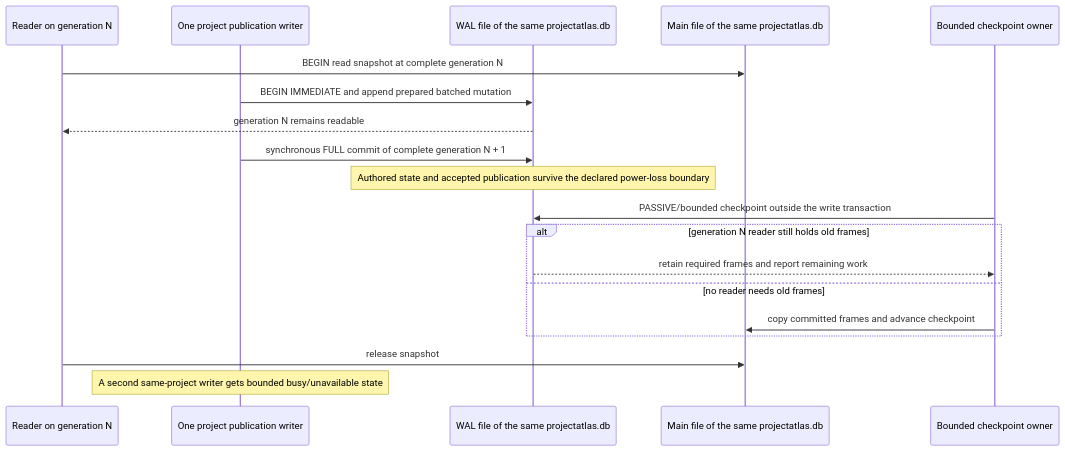
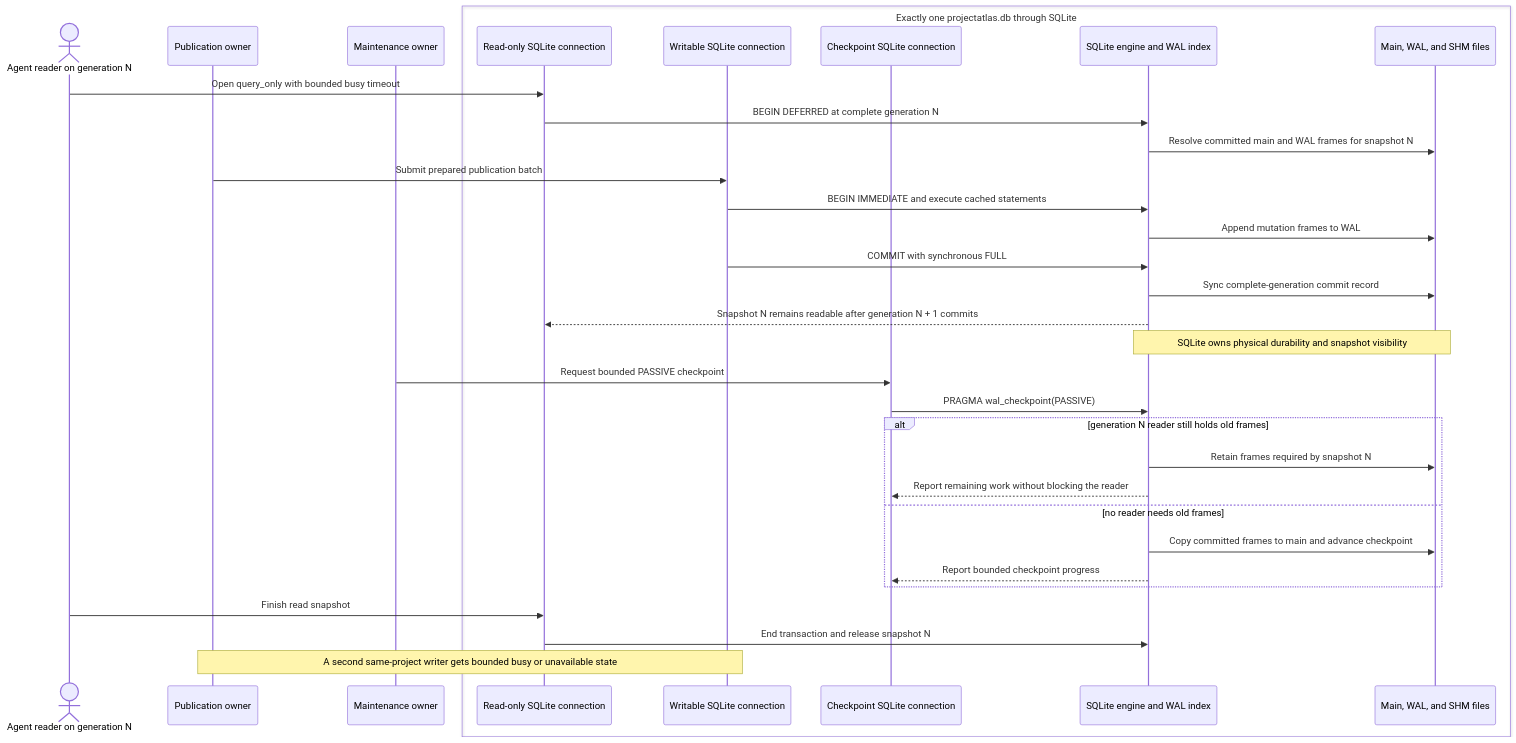
The eighth of 12 diagrams in docs/projectatlas-3-architecture.md (styler-ai/ProjectAtlas), drawn with Mermaid before and after one commit. The commit also changed other lines of this file and 14 other files, not shown here.

````diff
--- a/docs/projectatlas-3-architecture.md
+++ b/docs/projectatlas-3-architecture.md
@@ -740,22 +802,36 @@
 ```mermaid
 sequenceDiagram
-    participant ReaderN as Reader on generation N
-    participant Writer as One project publication writer
-    participant WAL as WAL file of the same projectatlas.db
-    participant Main as Main file of the same projectatlas.db
-    participant Checkpoint as Bounded checkpoint owner
+    actor Reader as Agent reader on generation N
+    participant Publisher as Publication owner
+    participant Maintenance as Maintenance owner
+    box Exactly one projectatlas.db through SQLite
+        participant Read as Read-only SQLite connection
+        participant Write as Writable SQLite connection
+        participant Check as Checkpoint SQLite connection
+        participant Engine as SQLite engine and WAL index
+        participant Files as Main, WAL, and SHM files
+    end
 
-    ReaderN->>Main: BEGIN read snapshot at complete generation N
-    Writer->>WAL: BEGIN IMMEDIATE and append prepared batched mutation
-    WAL-->>ReaderN: generation N remains readable
-    Writer->>WAL: synchronous FULL commit of complete generation N + 1
-    Note over WAL: Authored state and accepted publication survive the declared power-loss boundary
-    Checkpoint->>WAL: PASSIVE/bounded checkpoint outside the write transaction
+    Reader->>Read: Open query_only with bounded busy timeout
+    Read->>Engine: BEGIN DEFERRED at complete generation N
+    Engine->>Files: Resolve committed main and WAL frames for snapshot N
+    Publisher->>Write: Submit prepared publication batch
+    Write->>Engine: BEGIN IMMEDIATE and execute cached statements
+    Engine->>Files: Append mutation frames to WAL
+    Write->>Engine: COMMIT with synchronous FULL
+    Engine->>Files: Sync complete-generation commit record
+    Engine-->>Read: Snapshot N remains readable after generation N + 1 commits
+    Note over Engine,Files: SQLite owns physical durability and snapshot visibility
+    Maintenance->>Check: Request bounded PASSIVE checkpoint
+    Check->>Engine: PRAGMA wal_checkpoint(PASSIVE)
     alt generation N reader still holds old frames
-        WAL-->>Checkpoint: retain required frames and report remaining work
+        Engine->>Files: Retain frames required by snapshot N
+        Engine-->>Check: Report remaining work without blocking the reader
     else no reader needs old frames
-        Checkpoint->>Main: copy committed frames and advance checkpoint
+        Engine->>Files: Copy committed frames to main and advance checkpoint
+        Engine-->>Check: Report bounded checkpoint progress
     end
-    ReaderN->>Main: release snapshot
-    Note over Writer: A second same-project writer gets bounded busy/unavailable state
+    Reader->>Read: Finish read snapshot
+    Read->>Engine: End transaction and release snapshot N
+    Note over Publisher,Write: A second same-project writer gets bounded busy or unavailable state
 ```
````
